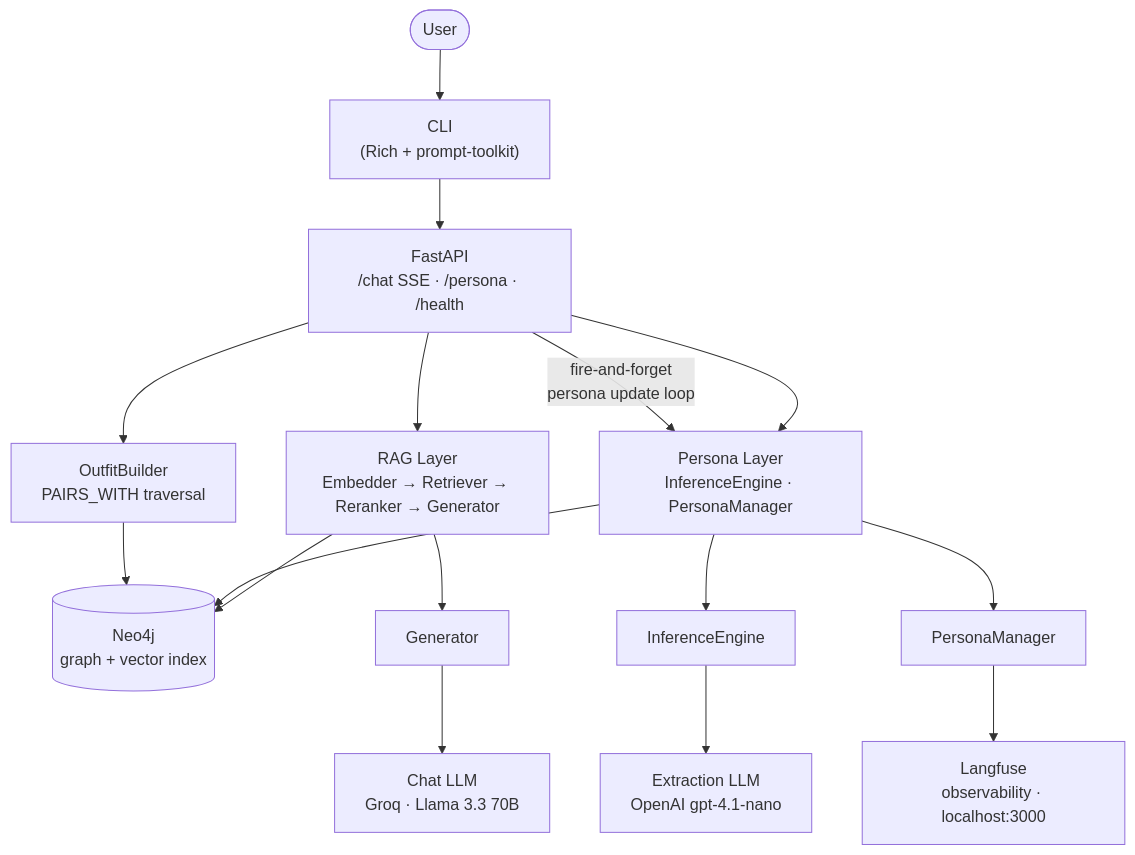
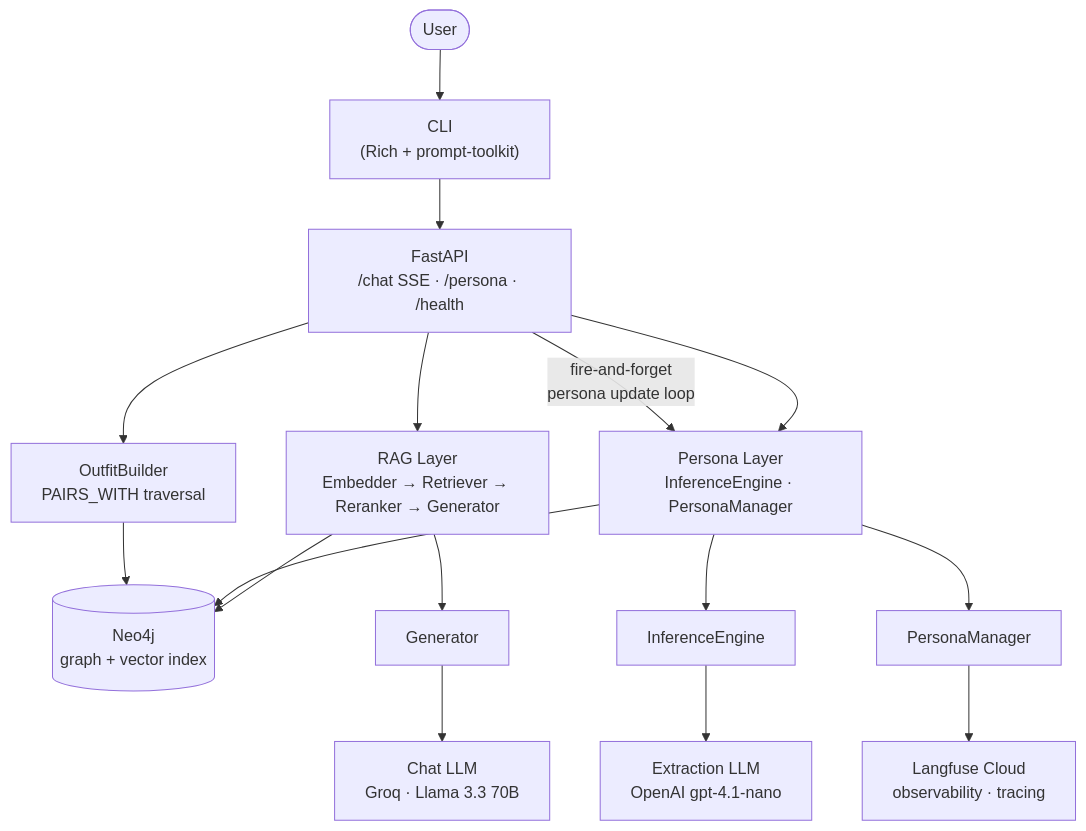
One commit to Collaboration95/stylemind changed the first of 4 diagrams in README.md. Above: the diagram before and after it, drawn with Mermaid. The commit also changed other lines of this file and 4 other files, not shown here.

````diff
--- a/README.md
+++ b/README.md
@@ -5,24 +5,24 @@
 ```mermaid
 flowchart TD
     User([User]) --> CLI["CLI\n(Rich + prompt-toolkit)"]
     CLI --> FastAPI["FastAPI\n/chat SSE · /persona · /health"]
 
     FastAPI --> RAG["RAG Layer\nEmbedder → Retriever → Reranker → Generator"]
     FastAPI --> Persona["Persona Layer\nInferenceEngine · PersonaManager"]
     FastAPI --> Outfit["OutfitBuilder\nPAIRS_WITH traversal"]
 
     RAG --> Neo4j[("Neo4j\ngraph + vector index")]
     Persona --> Neo4j
     Outfit --> Neo4j
 
     Generator["Generator"] --> ChatLLM["Chat LLM\nGroq · Llama 3.3 70B"]
     RAG --> Generator
 
     Persona --> InferenceEngine["InferenceEngine"]
     InferenceEngine --> ExtractionLLM["Extraction LLM\nOpenAI gpt-4.1-nano"]
 
     Persona --> PersonaManager["PersonaManager"]
-    PersonaManager --> Langfuse["Langfuse\nobservability · localhost:3000"]
+    PersonaManager --> Langfuse["Langfuse Cloud\nobservability · tracing"]
 
     FastAPI -- "fire-and-forget\npersona update loop" --> Persona
 ```
````
